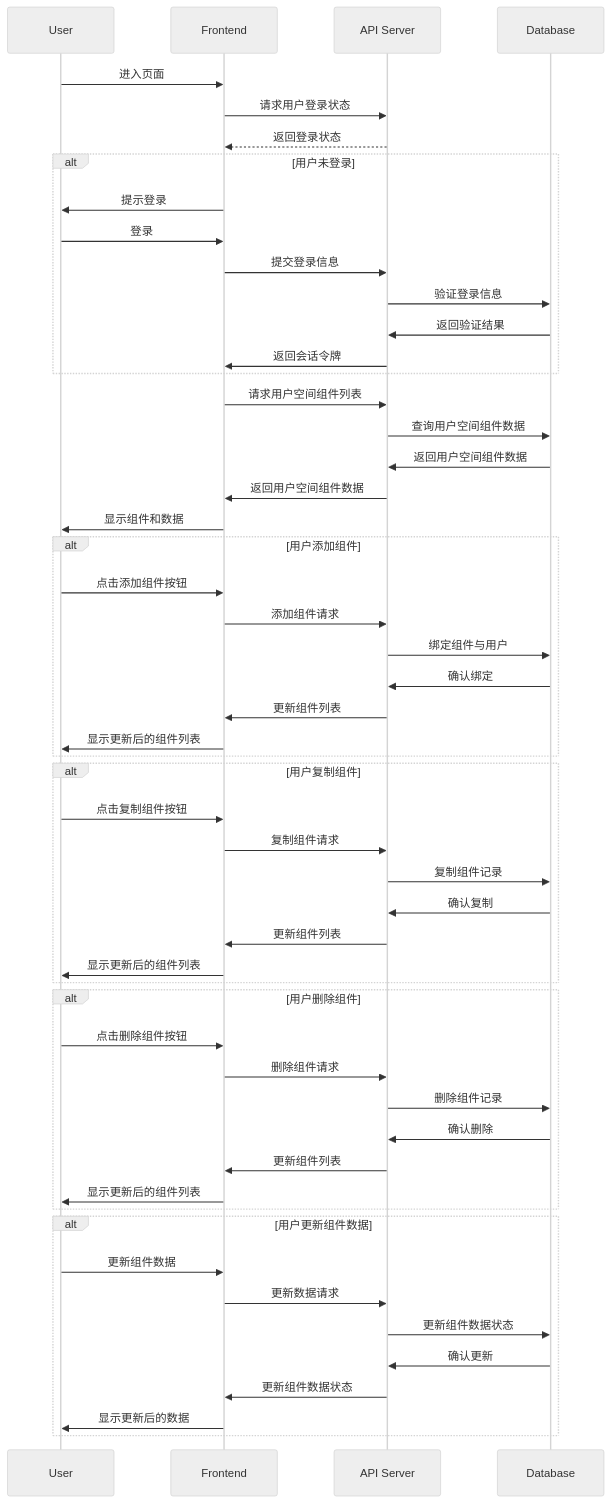
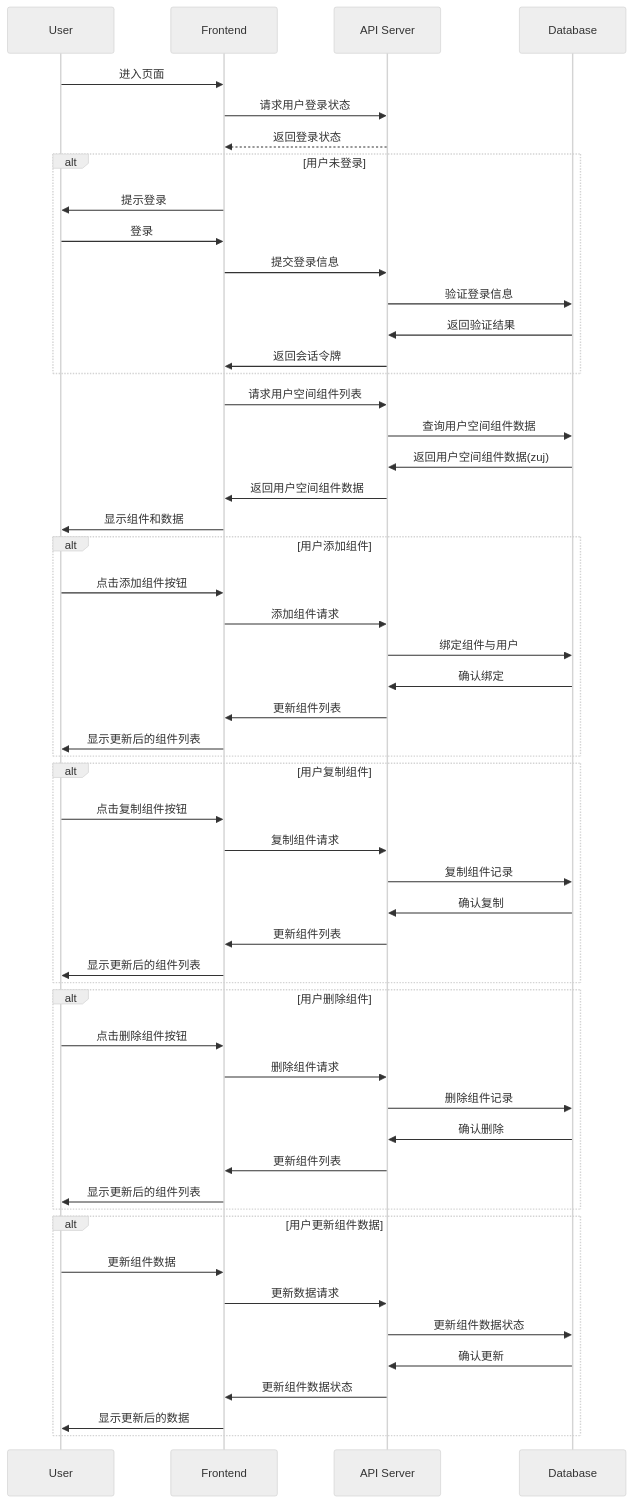
Before and after one commit to yingjianzh/iodraw-files: the diagram in all/未命名-7.md, drawn with Mermaid (neutral theme).

Commit message:
2024-10-09 10:20:41 update

````diff
--- a/all/未命名-7.md
+++ b/all/未命名-7.md
@@ -1,62 +1,62 @@
 ```mermaid
 sequenceDiagram
     participant User
     participant Frontend
     participant API Server
     participant Database
 
     User->>Frontend: 进入页面
     Frontend->>API Server: 请求用户登录状态
     API Server-->>Frontend: 返回登录状态
     alt 用户未登录
         Frontend->>User: 提示登录
         User->>Frontend: 登录
         Frontend->>API Server: 提交登录信息
         API Server->>Database: 验证登录信息
         Database->>API Server: 返回验证结果
         API Server->>Frontend: 返回会话令牌
     end
 
     Frontend->>API Server: 请求用户空间组件列表
     API Server->>Database: 查询用户空间组件数据
-    Database->>API Server: 返回用户空间组件数据
+    Database->>API Server: 返回用户空间组件数据(zuj)
     API Server->>Frontend: 返回用户空间组件数据
     Frontend->>User: 显示组件和数据
 
     alt 用户添加组件
         User->>Frontend: 点击添加组件按钮
         Frontend->>API Server: 添加组件请求
         API Server->>Database: 绑定组件与用户
         Database->>API Server: 确认绑定
         API Server->>Frontend: 更新组件列表
         Frontend->>User: 显示更新后的组件列表
     end
 
     alt 用户复制组件
         User->>Frontend: 点击复制组件按钮
         Frontend->>API Server: 复制组件请求
         API Server->>Database: 复制组件记录
         Database->>API Server: 确认复制
         API Server->>Frontend: 更新组件列表
         Frontend->>User: 显示更新后的组件列表
     end
 
     alt 用户删除组件
         User->>Frontend: 点击删除组件按钮
         Frontend->>API Server: 删除组件请求
         API Server->>Database: 删除组件记录
         Database->>API Server: 确认删除
         API Server->>Frontend: 更新组件列表
         Frontend->>User: 显示更新后的组件列表
     end
 
     alt 用户更新组件数据
         User->>Frontend: 更新组件数据
         Frontend->>API Server: 更新数据请求
         API Server->>Database: 更新组件数据状态
         Database->>API Server: 确认更新
         API Server->>Frontend: 更新组件数据状态
         Frontend->>User: 显示更新后的数据
     end
 
 ```
````
